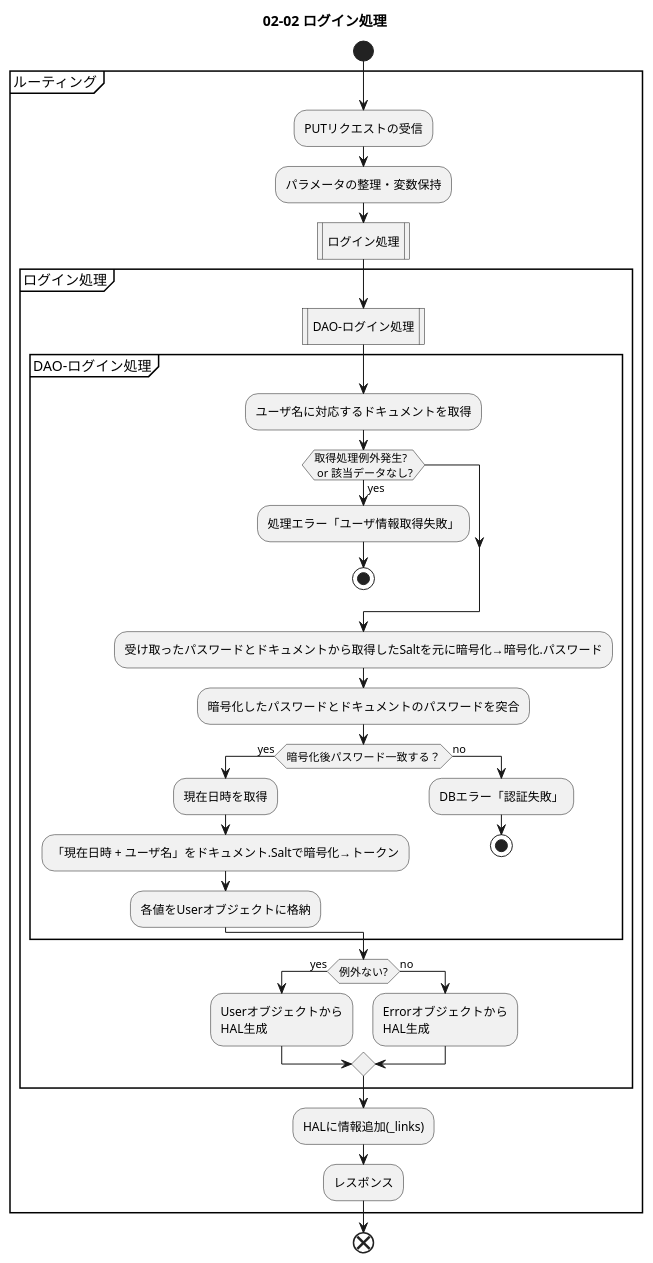
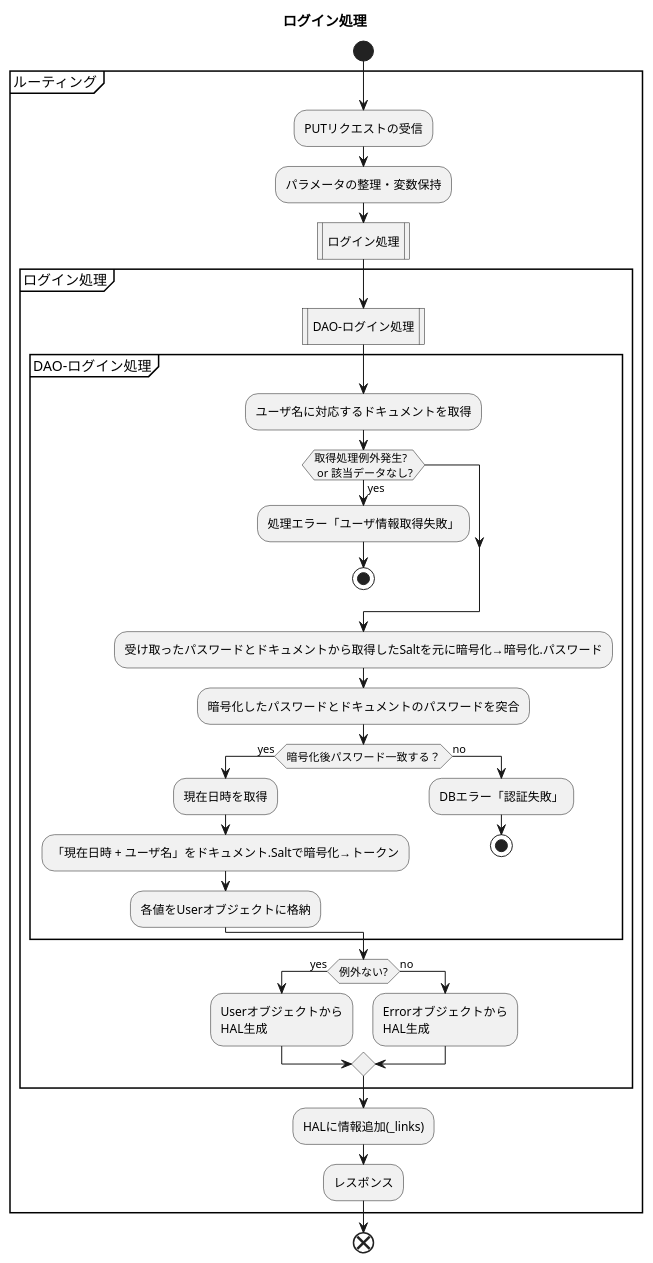
Before and after one commit to filunK/choikini: the diagram in design/02-design/02-02_ACT_login.puml, drawn with PlantUML. The commit also changed 8 other files, not shown here.

```diff
--- a/design/02-design/02-02_ACT_login.puml
+++ b/design/02-design/02-02_ACT_login.puml
@@ -1,55 +1,55 @@
 @startuml 02-02_ACT_ログイン処理
-title 02-02 ログイン処理
+title ログイン処理
     start
     
     partition ルーティング {
 
         :PUTリクエストの受信;
         :パラメータの整理・変数保持;
         
         :ログイン処理|
         partition ログイン処理 {
             
             :DAO-ログイン処理|
             partition DAO-ログイン処理 {
                 
                 :ユーザ名に対応するドキュメントを取得;
                 if (取得処理例外発生? \n or 該当データなし?) then (yes)
                     :処理エラー「ユーザ情報取得失敗」;
                     stop
                     
                 endif
 
                 :受け取ったパスワードとドキュメントから取得したSaltを元に暗号化→暗号化.パスワード;
                 :暗号化したパスワードとドキュメントのパスワードを突合;
 
                 if (暗号化後パスワード一致する？) then (yes)
                     :現在日時を取得;
                     :「現在日時 + ユーザ名」をドキュメント.Saltで暗号化→トークン;
 
                     :各値をUserオブジェクトに格納;
 
                 else (no)
                     :DBエラー「認証失敗」;
                     stop
                     
                 endif
             }
 
 
             if (例外ない?) then (yes)
                 :Userオブジェクトから\nHAL生成;
             else (no)
                 :Errorオブジェクトから\nHAL生成;
             endif
             
         }
 
         :HALに情報追加(_links);
         :レスポンス;
         
     }
 
     end
 
 @enduml
```
